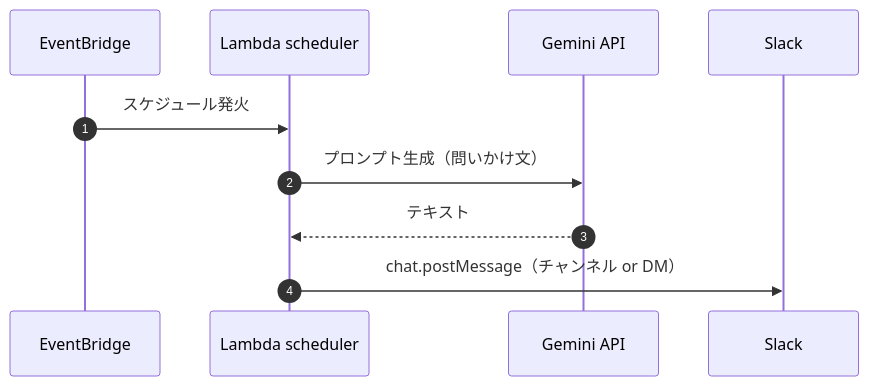
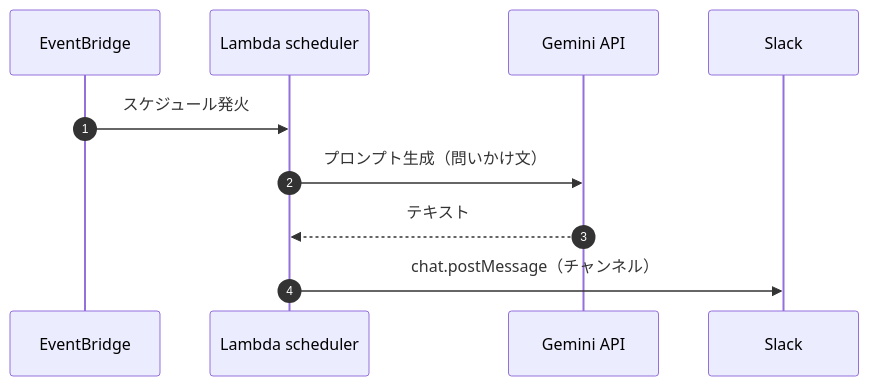
Before and after one commit to YoshimuraKoei/koei-clone: the fourth of 6 diagrams in ARCHITECTURE.md, drawn with Mermaid. The commit also changed other lines of this file and 1 other file, not shown here.

````diff
--- a/ARCHITECTURE.md
+++ b/ARCHITECTURE.md
@@ -91,13 +91,13 @@
 ```mermaid
 sequenceDiagram
   autonumber
   participant EB as EventBridge
   participant Lambda as Lambda scheduler
   participant Gemini as Gemini API
   participant Slack
 
   EB->>Lambda: スケジュール発火
   Lambda->>Gemini: プロンプト生成（問いかけ文）
   Gemini-->>Lambda: テキスト
-  Lambda->>Slack: chat.postMessage（チャンネル or DM）
+  Lambda->>Slack: chat.postMessage（チャンネル）
 ```
````
